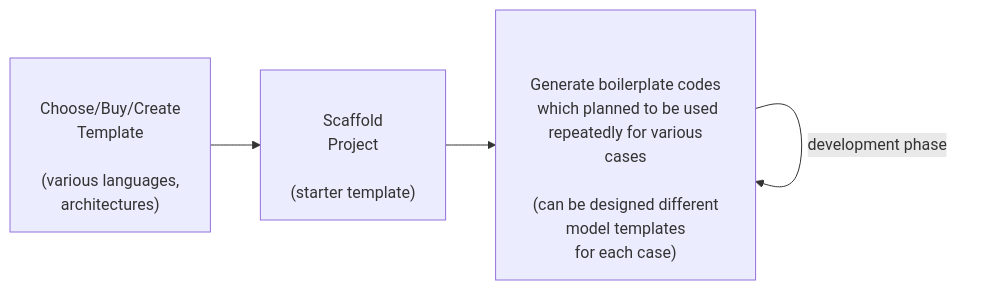
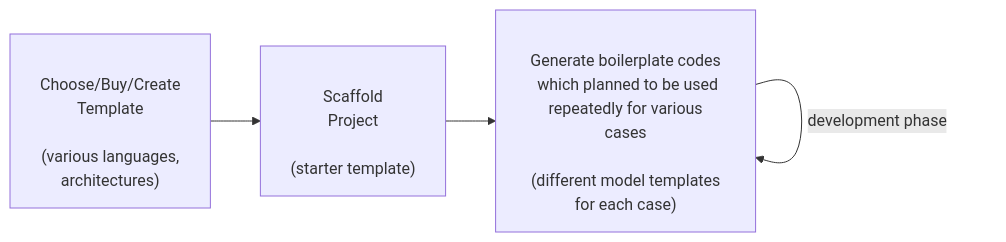
One commit to PackBlock/presentation-v2 changed the diagram in slides/04-product.md. Above: the diagram before and after it, drawn with Mermaid. The commit also changed 22 other files, not shown here.

````diff
--- a/slides/04-product.md
+++ b/slides/04-product.md
@@ -6,7 +6,7 @@
 ```mermaid {scale: 1.4}
 graph LR;
     1["<br>Choose/Buy/Create<br>Template<br><br>(various languages,<br>architectures)"]-->2["<br>Scaffold<br>Project<br><br>(starter template)"]
-    2-->3["<br><br>Generate boilerplate codes<br> which planned to be used<br> repeatedly for various cases<br><br>(can be designed different<br>model templates<br>for each case)"]
+    2-->3["<br>Generate boilerplate codes<br> which planned to be used<br> repeatedly for various cases<br><br>(different model templates<br>for each case)"]
     3-->|development phase|3
     
 ```
````
